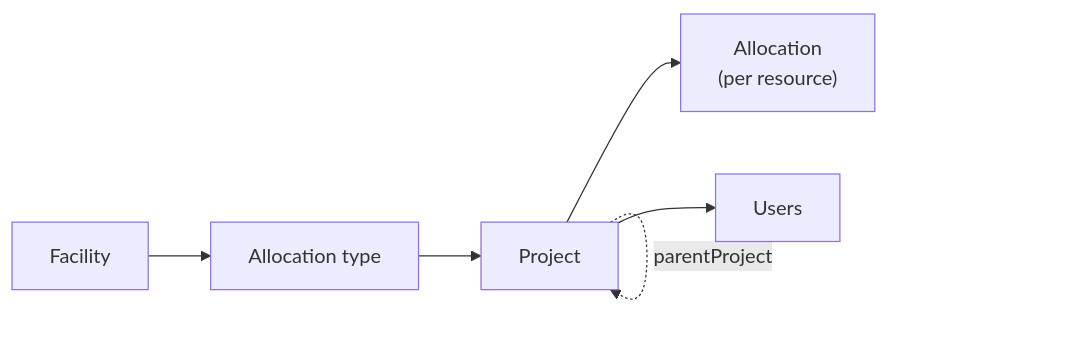
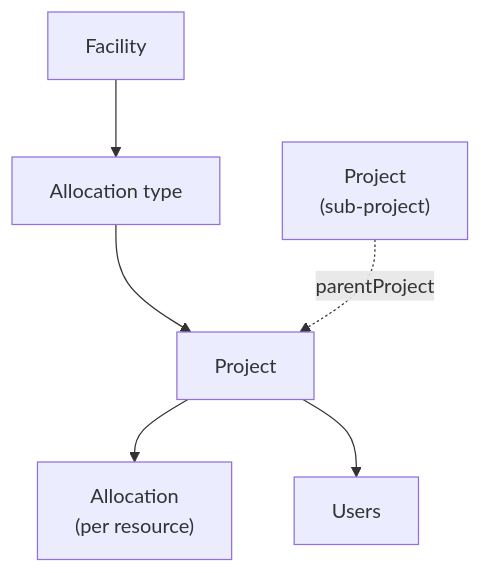
One commit to benkirk/quarto-docs-framework changed the first of 2 diagrams in docs/sam_and_pbs/sam_and_pbs.qmd. Above: the diagram before and after it, drawn with Mermaid. The commit also changed other lines of this file, not shown here.

First line of the commit message:
sam_and_pbs: redraw the SAM data-model diagram

````diff
--- a/docs/sam_and_pbs/sam_and_pbs.qmd
+++ b/docs/sam_and_pbs/sam_and_pbs.qmd
@@ -26,8 +29,9 @@
 ```{mermaid}
-graph LR
+%%| fig-width: 5
+graph TD
     F[Facility] --> AT[Allocation type]
     AT --> P[Project]
     P --> RA["Allocation<br/>(per resource)"]
     P --> U[Users]
-    P -. parentProject .-> P
+    CP["Project<br/>(sub-project)"] -. parentProject .-> P
 ```
````
